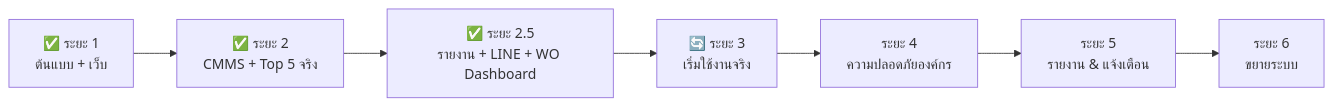
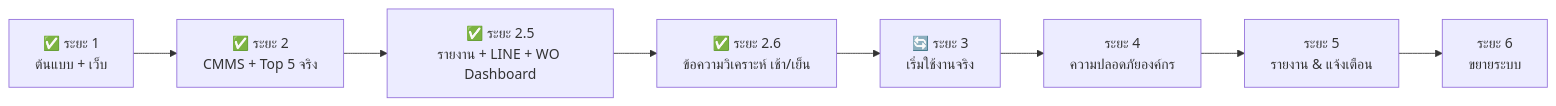
The third of 3 diagrams in docs/SYSTEM.md (piyamonw0423-glitch/P1-CRITICAL-TOP5-MAINTENANCE-PP561011-), drawn with Mermaid before and after one commit. The commit also changed other lines of this file and 1 other file, not shown here.

First line of the commit message:
Docs: work log, LINE morning/evening messages, roadmap and status up to 6 Oct

````diff
--- a/docs/SYSTEM.md
+++ b/docs/SYSTEM.md
@@ -458,4 +460,4 @@
 ```mermaid
 flowchart LR
-  A["✅ ระยะ 1<br/>ต้นแบบ + เว็บ"] --> B["✅ ระยะ 2<br/>CMMS + Top 5 จริง"] --> B2["✅ ระยะ 2.5<br/>รายงาน + LINE + WO Dashboard"] --> C["🔄 ระยะ 3<br/>เริ่มใช้งานจริง"] --> D["ระยะ 4<br/>ความปลอดภัยองค์กร"] --> E["ระยะ 5<br/>รายงาน & แจ้งเตือน"] --> F["ระยะ 6<br/>ขยายระบบ"]
+  A["✅ ระยะ 1<br/>ต้นแบบ + เว็บ"] --> B["✅ ระยะ 2<br/>CMMS + Top 5 จริง"] --> B2["✅ ระยะ 2.5<br/>รายงาน + LINE + WO Dashboard"] --> B3["✅ ระยะ 2.6<br/>ข้อความวิเคราะห์ เช้า/เย็น"] --> C["🔄 ระยะ 3<br/>เริ่มใช้งานจริง"] --> D["ระยะ 4<br/>ความปลอดภัยองค์กร"] --> E["ระยะ 5<br/>รายงาน & แจ้งเตือน"] --> F["ระยะ 6<br/>ขยายระบบ"]
 ```
````
